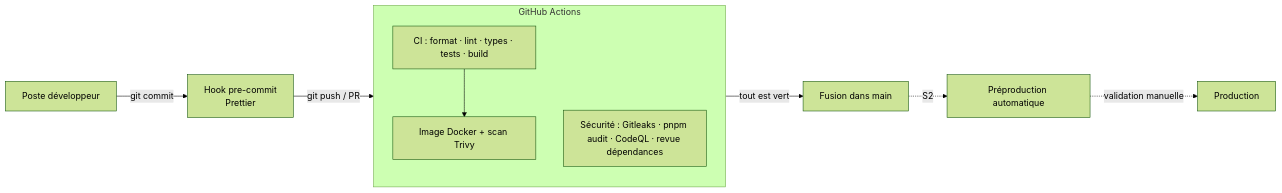
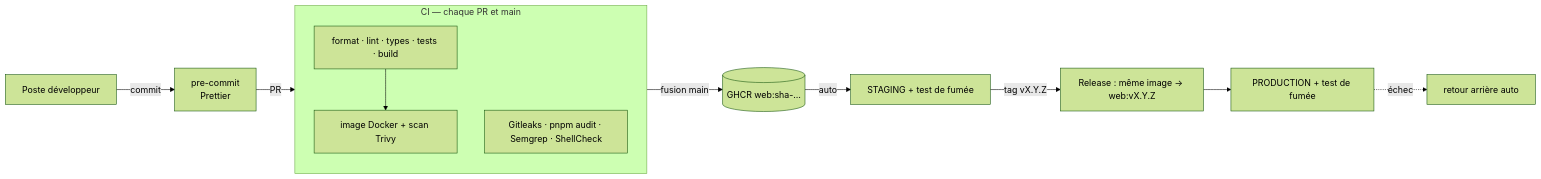
One commit to levy-kombila/kemdia changed the third of 4 diagrams in docs/architecture/cahier-architecture.md. Above: the diagram before and after it, drawn with Mermaid (forest theme). The commit also changed other lines of this file and 22 other files, not shown here.

````diff
--- a/docs/architecture/cahier-architecture.md
+++ b/docs/architecture/cahier-architecture.md
@@ -210,15 +211,17 @@
 ```mermaid
 flowchart LR
-    dev[Poste développeur] -->|git commit| hook[Hook pre-commit<br/>Prettier]
-    hook -->|git push / PR| ci
-    subgraph ci[GitHub Actions]
+    dev[Poste développeur] -->|commit| hook[pre-commit<br/>Prettier]
+    hook -->|PR| ci
+    subgraph ci[CI — chaque PR et main]
       direction TB
-      q[CI : format · lint · types · tests · build]
-      d[Image Docker + scan Trivy]
-      s[Sécurité : Gitleaks · pnpm audit · CodeQL · revue dépendances]
-      q --> d
+      q[format · lint · types · tests · build]
+      i[image Docker + scan Trivy]
+      s[Gitleaks · pnpm audit · Semgrep · ShellCheck]
+      q --> i
     end
-    ci -->|tout est vert| merge[Fusion dans main]
-    merge -.->|S2| preprod[Préproduction automatique]
-    preprod -.->|validation manuelle| prod[Production]
+    ci -->|fusion main| pub[(GHCR web:sha-…)]
+    pub -->|auto| stg[STAGING + test de fumée]
+    stg -->|tag vX.Y.Z| rel[Release : même image → web:vX.Y.Z]
+    rel --> prod[PRODUCTION + test de fumée]
+    prod -. échec .-> rb[retour arrière auto]
 ```
````
